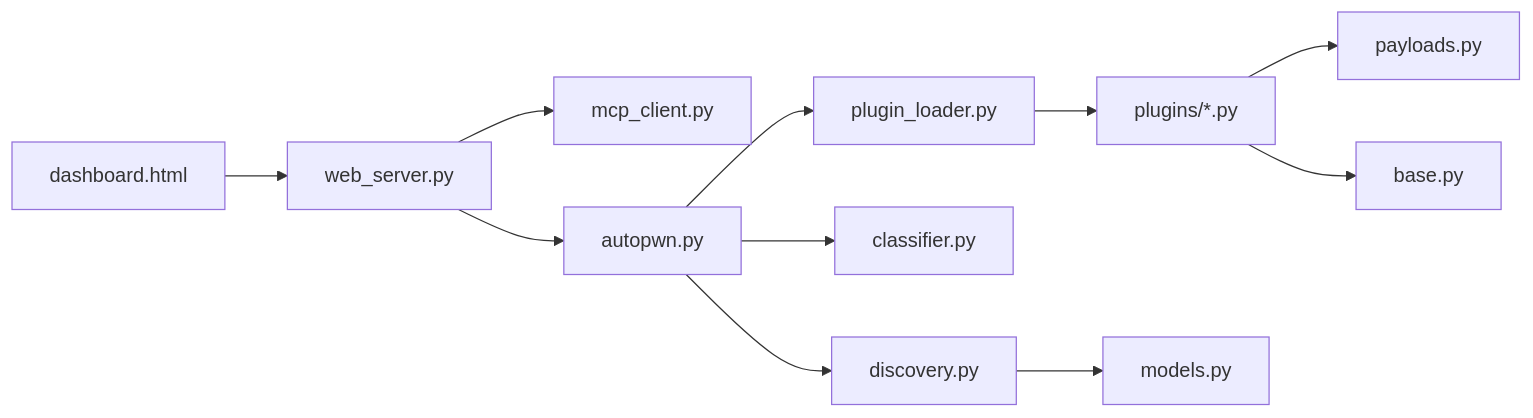
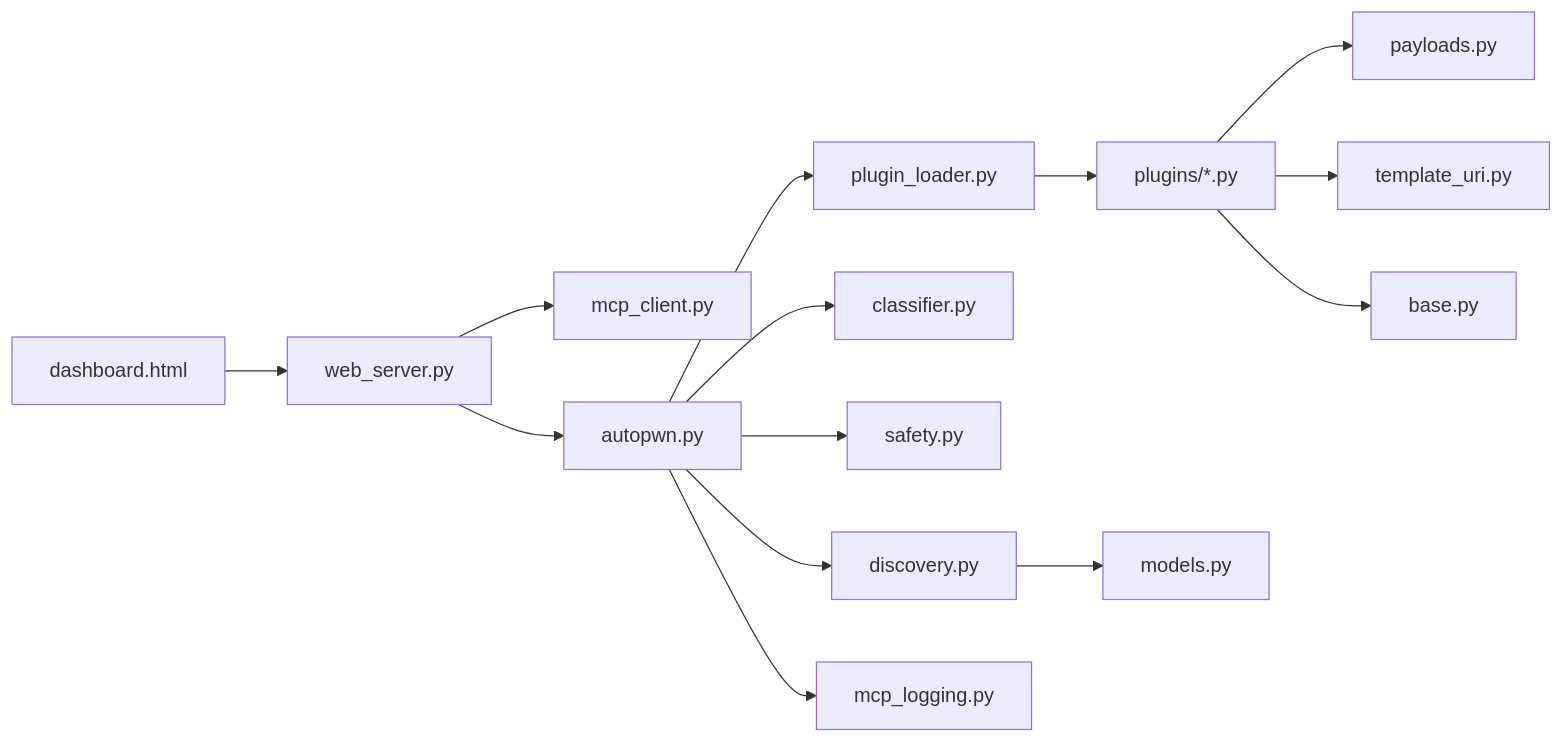
The diagram in DOCUMENTATION.md (Dragkob/MCPhantom), drawn with Mermaid before and after one commit. The commit also changed other lines of this file, not shown here.

First line of the commit message:
Revise documentation for new features and safety mode

````diff
--- a/DOCUMENTATION.md
+++ b/DOCUMENTATION.md
@@ -202,13 +241,16 @@
 ```mermaid
 flowchart LR
     UI[dashboard.html] --> API[web_server.py]
     API --> MCP[mcp_client.py]
     API --> AP[autopwn.py]
     AP --> DISC[discovery.py]
     AP --> CLS[classifier.py]
+    AP --> SAF[safety.py]
     AP --> PL[plugin_loader.py]
     PL --> PG[plugins/*.py]
     PG --> PAY[payloads.py]
+    PG --> TPL[template_uri.py]
     PG --> BASE[base.py]
     DISC --> MOD[models.py]
+    AP --> LOG[mcp_logging.py]
 ```
````
